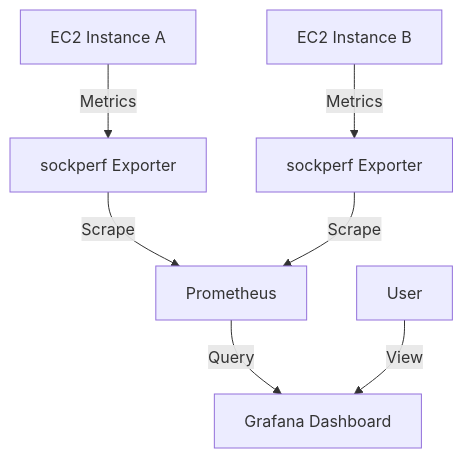
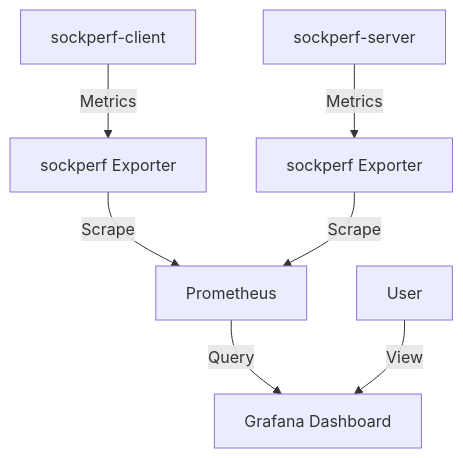
One commit to zhang1980s/ec2-ena-express-lab changed the second of 2 diagrams in README.md. Above: the diagram before and after it, drawn with Mermaid. The commit also changed other lines of this file, not shown here.

Commit message:
Update README.md to reflect new instance naming and automated sockperf installation

````diff
--- a/README.md
+++ b/README.md
@@ -457,9 +445,9 @@
 ```mermaid
 graph TD
-    EC2A["EC2 Instance A"] --> |Metrics| Exporter1["sockperf Exporter"]
-    EC2B["EC2 Instance B"] --> |Metrics| Exporter2["sockperf Exporter"]
+    CLIENT["sockperf-client"] --> |Metrics| Exporter1["sockperf Exporter"]
+    SERVER["sockperf-server"] --> |Metrics| Exporter2["sockperf Exporter"]
     Exporter1 --> |Scrape| Prometheus["Prometheus"]
     Exporter2 --> |Scrape| Prometheus
     Prometheus --> |Query| Grafana["Grafana Dashboard"]
     User["User"] --> |View| Grafana
 ```
````
